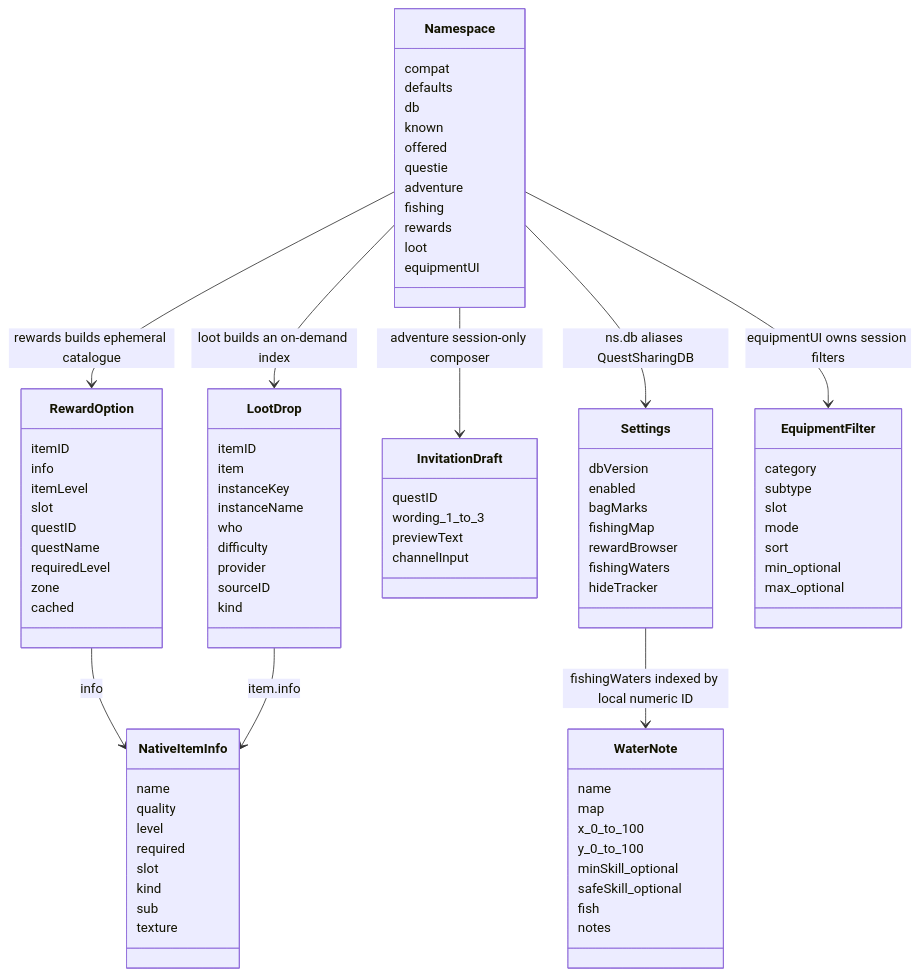
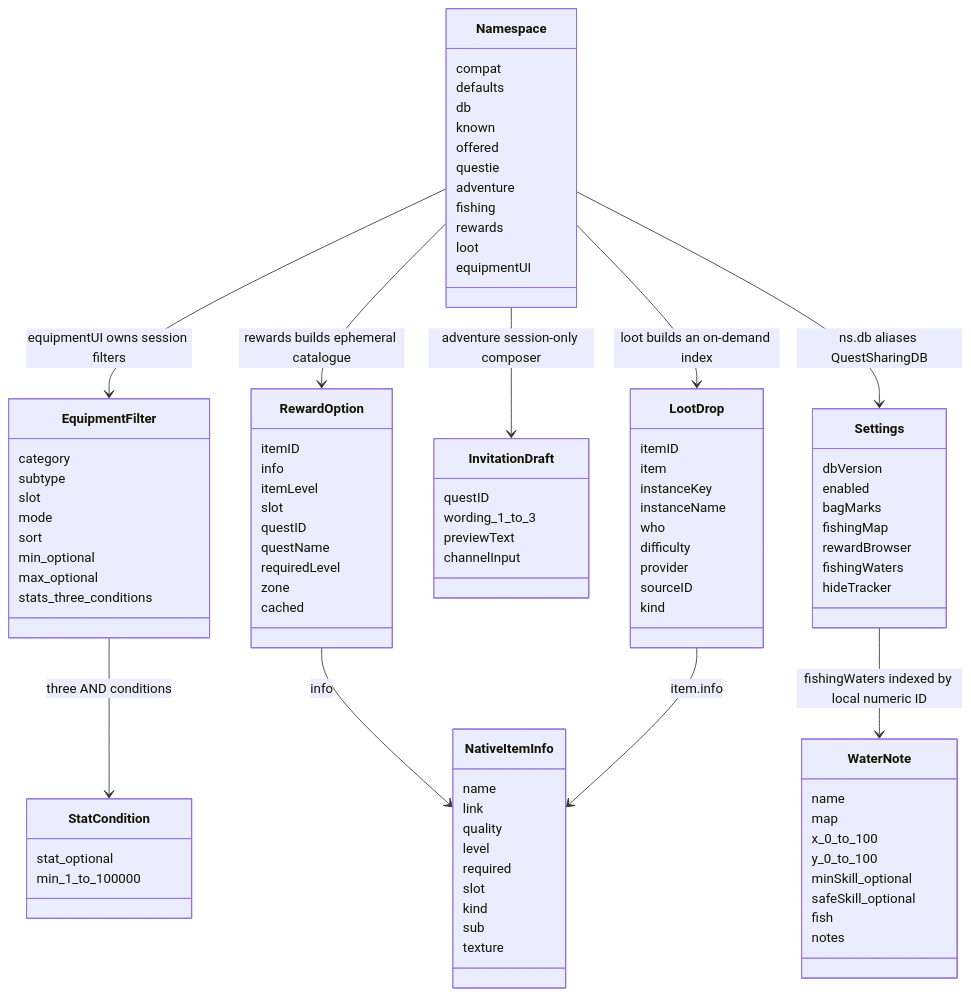
One commit to YodaGitMaster/QuestSharing changed the eighth of 8 diagrams in context/architecture.md. Above: the diagram before and after it, drawn with Mermaid. The commit also changed other lines of this file and 9 other files, not shown here.

Commit message:
Add shared item stat filters to equipment explorer

```diff
--- a/context/architecture.md
+++ b/context/architecture.md
@@ -289,6 +293,7 @@
     }
     class NativeItemInfo {
         name
+        link
         quality
         level
         required
@@ -307,7 +312,13 @@
         sort
         min_optional
         max_optional
+        stats_three_conditions
     }
+    class StatCondition {
+        stat_optional
+        min_1_to_100000
+    }
+    EquipmentFilter --> StatCondition : three AND conditions
     Namespace --> EquipmentFilter : equipmentUI owns session filters
     Namespace --> LootDrop : loot builds an on-demand index
     Namespace --> InvitationDraft : adventure session-only composer
```
